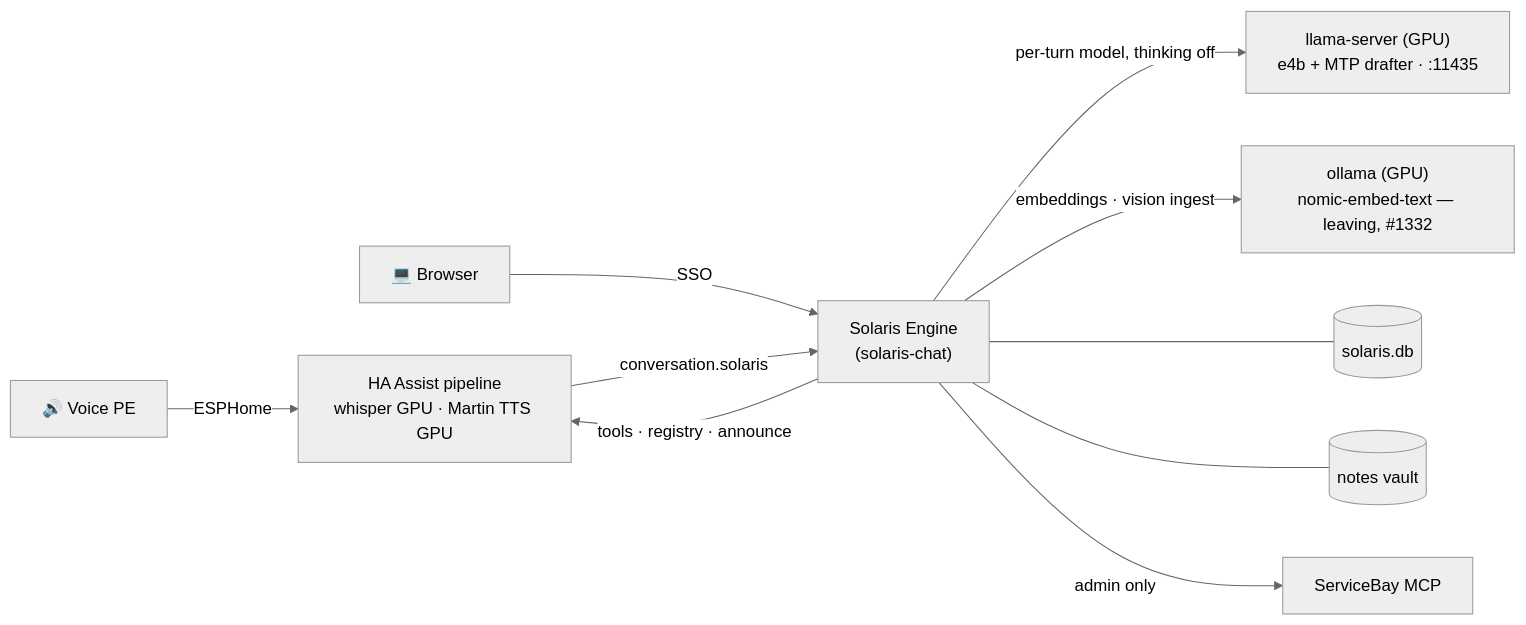
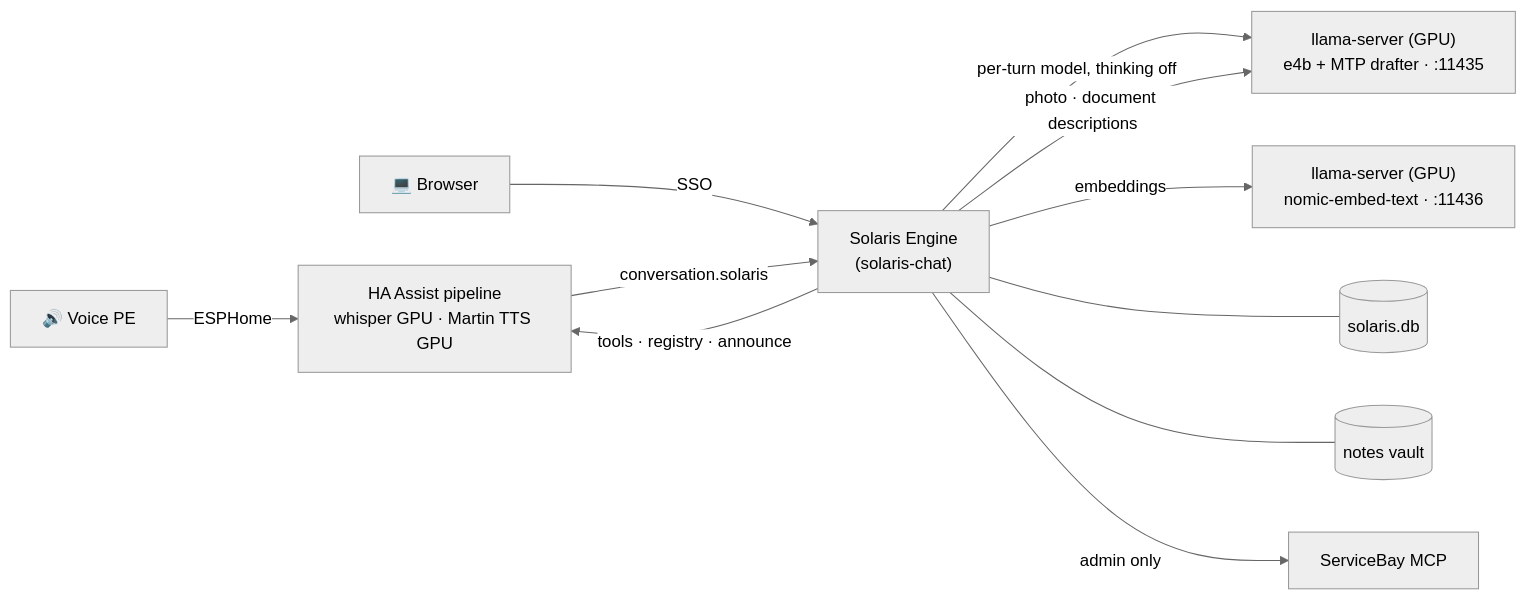
The diagram in README.md (mdopp/oscar), drawn with Mermaid (neutral theme) before and after one commit. The commit also changed other lines of this file and 32 other files, not shown here.

````diff
--- a/README.md
+++ b/README.md
@@ -13,12 +13,13 @@
 ```mermaid
 flowchart LR
     PE["🔊 Voice PE"] -- ESPHome --> HA["HA Assist pipeline<br/>whisper GPU · Martin TTS GPU"]
     Browser["💻 Browser"] -- SSO --> Chat
     HA -- "conversation.solaris" --> Chat["Solaris Engine<br/>(solaris-chat)"]
     Chat -- "per-turn model, thinking off" --> Llama["llama-server (GPU)<br/>e4b + MTP drafter · :11435"]
-    Chat -- "embeddings · vision ingest" --> Ollama["ollama (GPU)<br/>nomic-embed-text — leaving, #1332"]
+    Chat -- "photo · document descriptions" --> Llama
+    Chat -- "embeddings" --> Embed["llama-server (GPU)<br/>nomic-embed-text · :11436"]
     Chat -- "tools · registry · announce" --> HA
     Chat --- DB[("solaris.db")]
     Chat --- Notes[("notes vault")]
     Chat -- "admin only" --> SB["ServiceBay MCP"]
 ```
````
